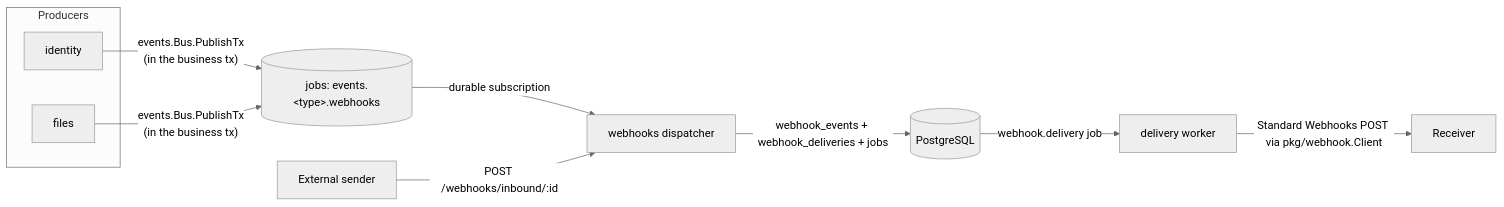
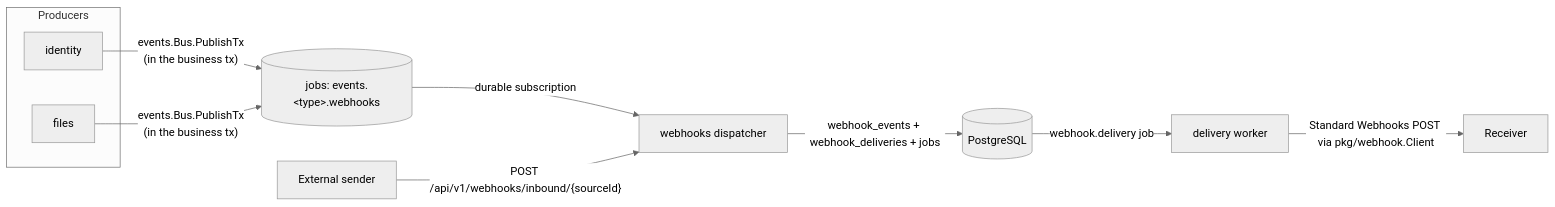
One commit to chuanghiduoc/fiber-golang-boilerplate changed the first of 5 diagrams in docs/webhooks.md. Above: the diagram before and after it, drawn with Mermaid (neutral theme). The commit also changed other lines of this file and 353 other files, not shown here.

````diff
--- a/docs/webhooks.md
+++ b/docs/webhooks.md
@@ -16,13 +16,13 @@
 ```mermaid
 flowchart LR
     subgraph Producers
         ID[identity]
         FI[files]
     end
     ID & FI -->|"events.Bus.PublishTx<br/>(in the business tx)"| BUS[(jobs: events.&lt;type&gt;.webhooks)]
     BUS -->|"durable subscription"| WH[webhooks dispatcher]
     WH -->|"webhook_events + webhook_deliveries + jobs"| PG[(PostgreSQL)]
     PG -->|"webhook.delivery job"| DW[delivery worker]
     DW -->|"Standard Webhooks POST via pkg/webhook.Client"| RX[Receiver]
-    EXT[External sender] -->|"POST /webhooks/inbound/:id"| WH
+    EXT[External sender] -->|"POST /api/v1/webhooks/inbound/{sourceId}"| WH
 ```
````
